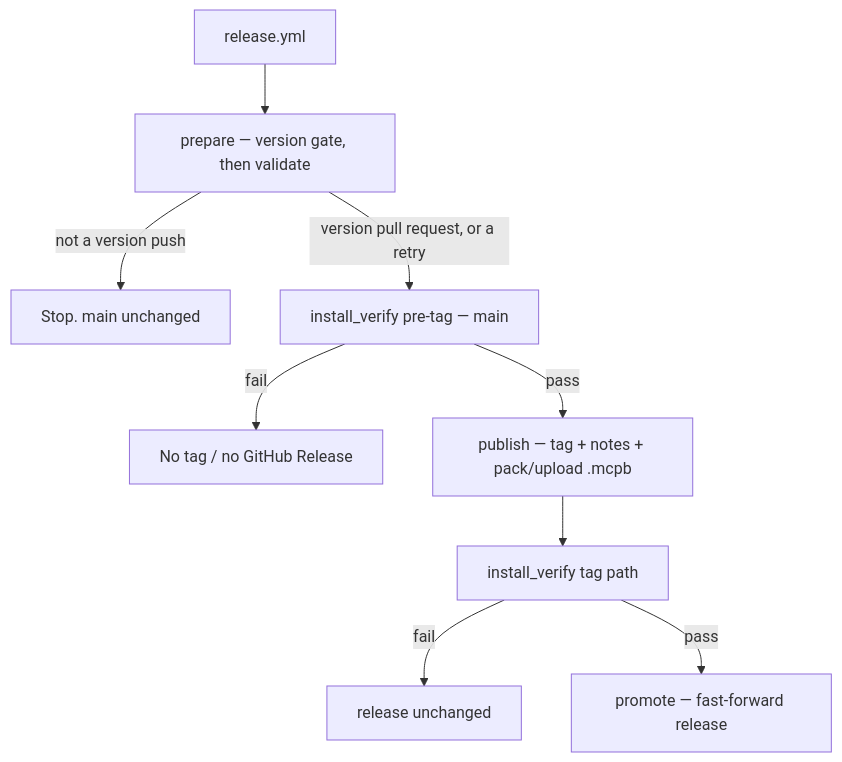
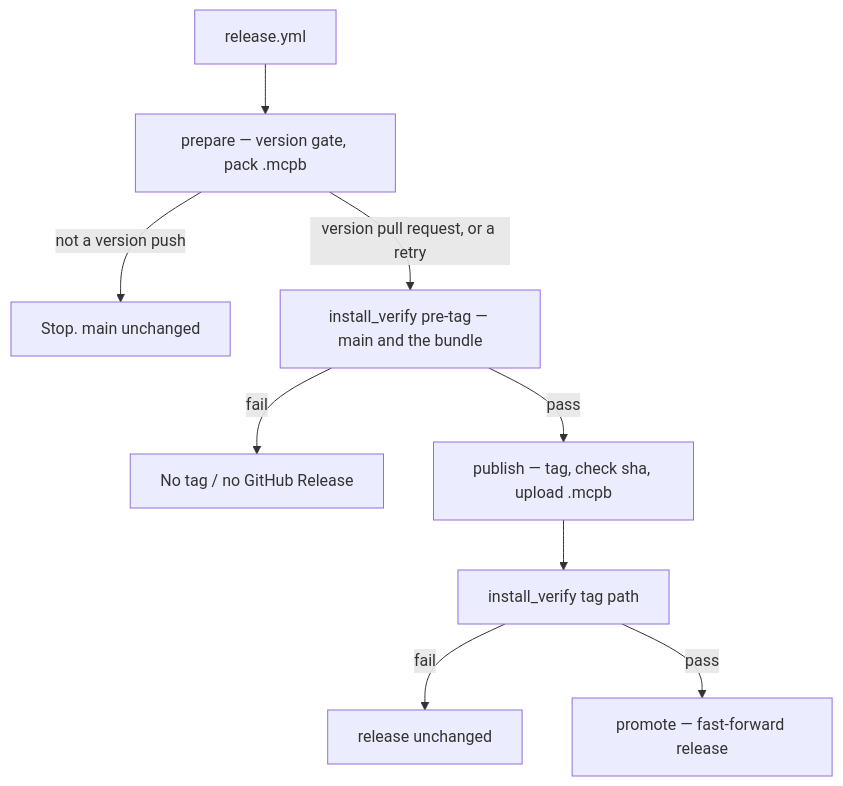
One commit to CREATeNG/freecad-mcp-bridge changed the diagram in MAINTAINING.md. Above: the diagram before and after it, drawn with Mermaid. The commit also changed other lines of this file and 6 other files, not shown here.

````diff
--- a/MAINTAINING.md
+++ b/MAINTAINING.md
@@ -96,12 +96,12 @@
 ```mermaid
 flowchart TD
   R[release.yml]
-  R --> prep[prepare — version gate, then validate]
+  R --> prep[prepare — version gate, pack .mcpb]
   prep -->|not a version push| skip[Stop. main unchanged]
-  prep -->|version pull request, or a retry| verify[install_verify pre-tag — main]
+  prep -->|version pull request, or a retry| verify[install_verify pre-tag — main and the bundle]
   verify -->|fail| stop[No tag / no GitHub Release]
-  verify -->|pass| pub[publish — tag + notes + pack/upload .mcpb]
+  verify -->|pass| pub[publish — tag, check sha, upload .mcpb]
   pub --> postverify[install_verify tag path]
   postverify -->|fail| stop2[release unchanged]
   postverify -->|pass| promote[promote — fast-forward release]
 ```
````
